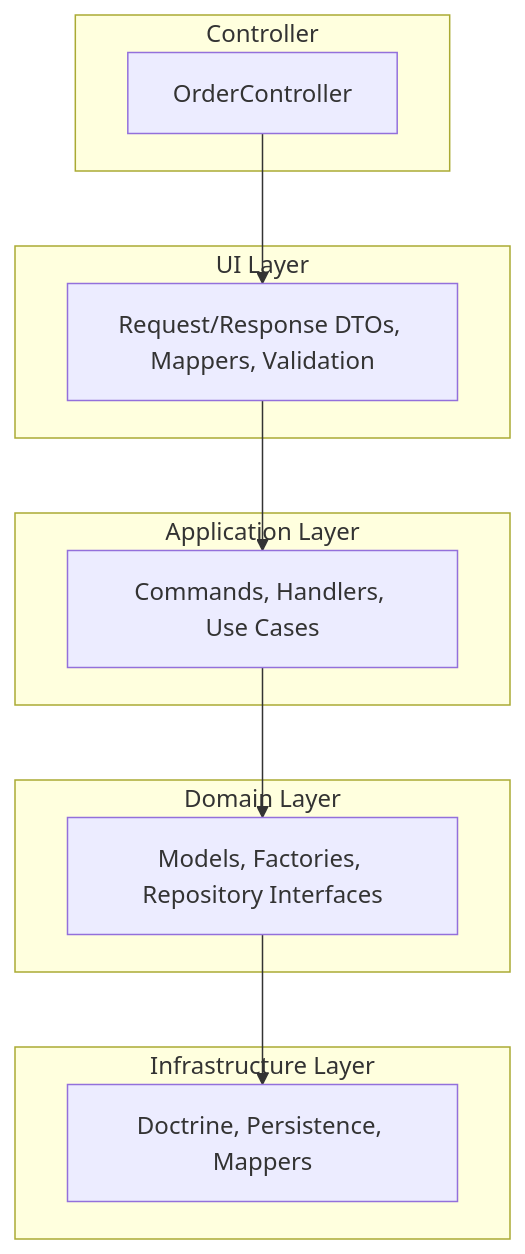
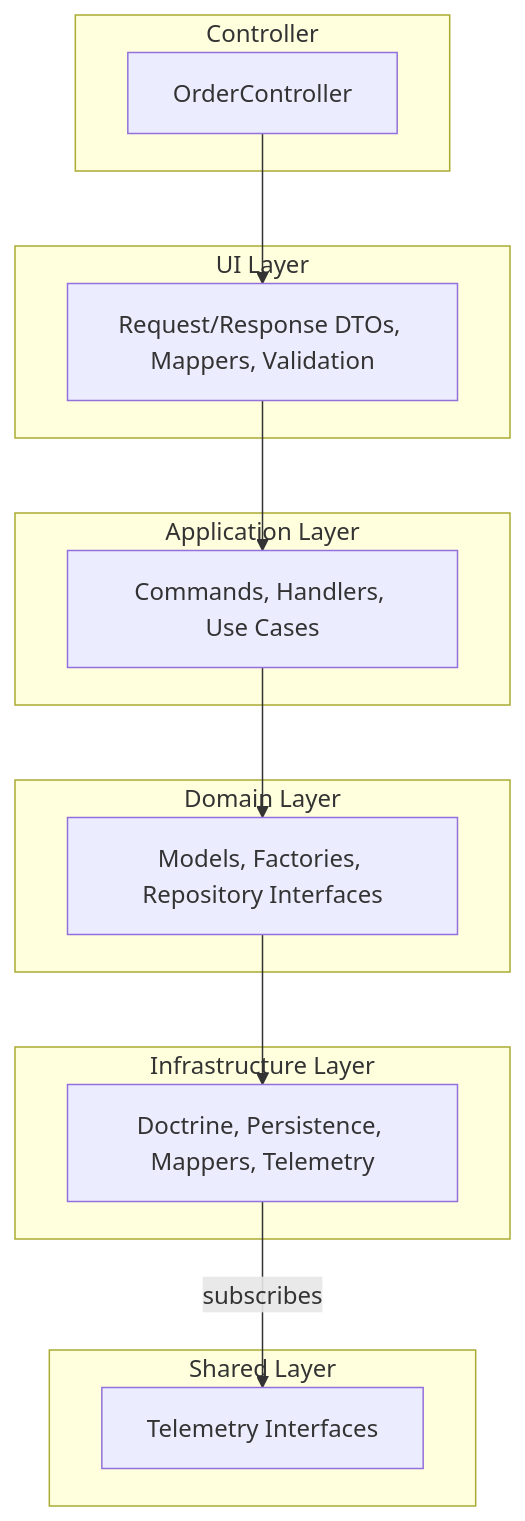
The diagram in api/README.md (denga/symfony-react-api), drawn with Mermaid before and after one commit. The commit also changed other lines of this file and 19 other files, not shown here.

````diff
--- a/api/README.md
+++ b/api/README.md
@@ -11,22 +11,26 @@
 ```mermaid
 flowchart TB
     subgraph controller [Controller]
         OrderCtrl[OrderController]
     end
     subgraph ui [UI Layer]
         ReqRes[Request/Response DTOs, Mappers, Validation]
     end
     subgraph app [Application Layer]
         Handlers[Commands, Handlers, Use Cases]
     end
+    subgraph shared [Shared Layer]
+        CrossCutting[Telemetry Interfaces]
+    end
     subgraph domain [Domain Layer]
         Models[Models, Factories, Repository Interfaces]
     end
     subgraph infra [Infrastructure Layer]
-        Doctrine[Doctrine, Persistence, Mappers]
+        Doctrine[Doctrine, Persistence, Mappers, Telemetry]
     end
     OrderCtrl --> ReqRes
     ReqRes --> Handlers
     Handlers --> Models
     Models --> Doctrine
+    Doctrine -->|subscribes| CrossCutting
 ```
````
